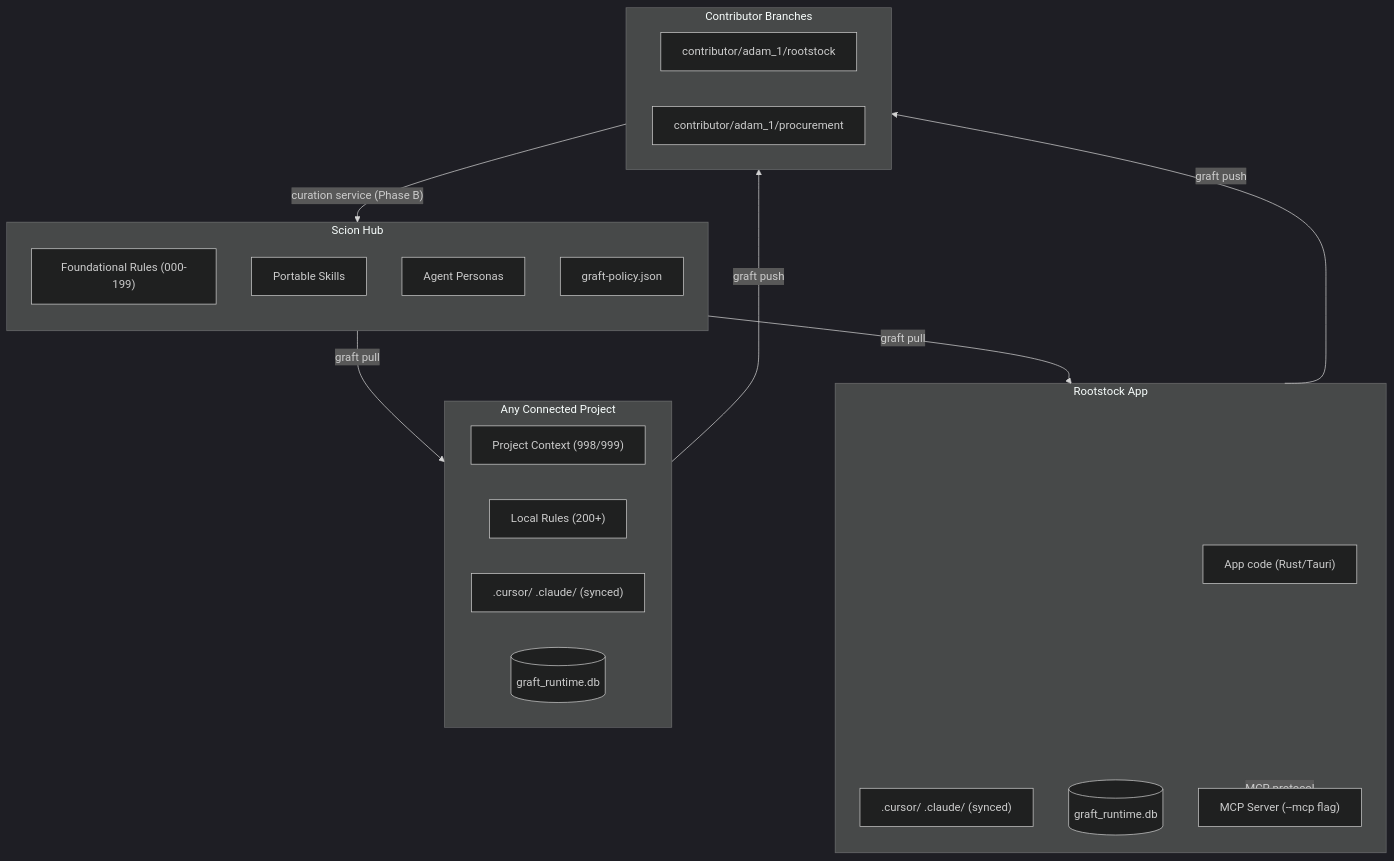
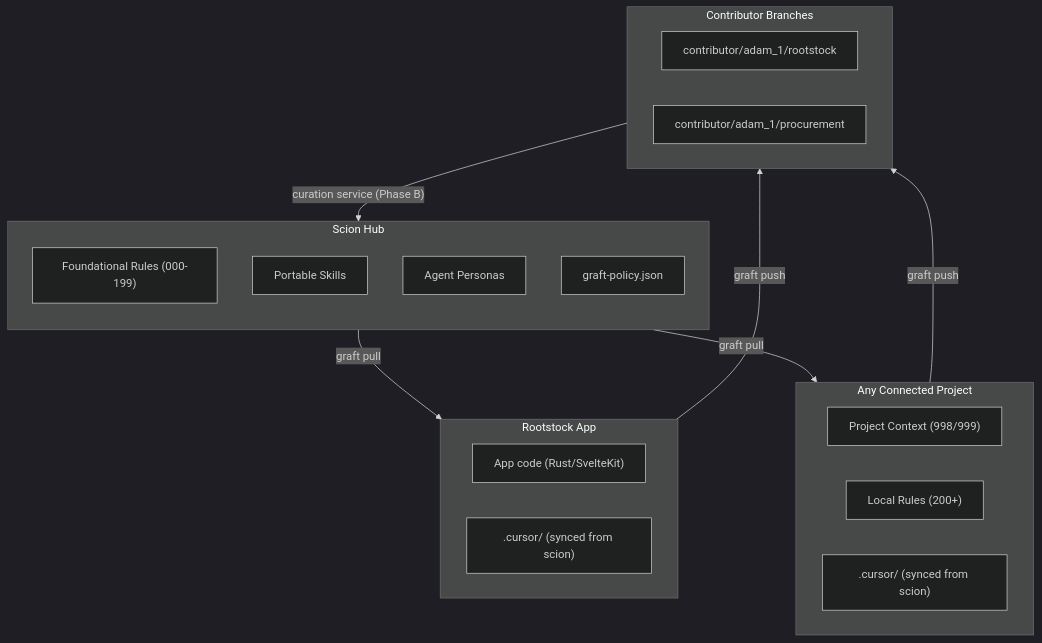
One commit to MT-Hackathon/scion changed the diagram in .cursor/skills/rootstock/resources/rootstock-mental-model.md. Above: the diagram before and after it, drawn with Mermaid (dark theme). The commit also changed other lines of this file and 17 other files, not shown here.

````diff
--- a/.cursor/skills/rootstock/resources/rootstock-mental-model.md
+++ b/.cursor/skills/rootstock/resources/rootstock-mental-model.md
@@ -160,36 +153,32 @@
 ```mermaid
 graph TD
     subgraph scion_hub [Scion Hub]
         direction TB
         F1["Foundational Rules (000-199)"]
         S1["Portable Skills"]
         A1["Agent Personas"]
         P0["graft-policy.json"]
     end
 
     subgraph spoke_rootstock [Rootstock App]
-        R1["App code (Rust/Tauri)"]
-        R2[".cursor/ .claude/ (synced)"]
-        DB1[("graft_runtime.db")]
-        MCP["MCP Server (--mcp flag)"]
+        R1["App code (Rust/SvelteKit)"]
+        R2[".cursor/ (synced from scion)"]
     end
 
     subgraph spoke_project [Any Connected Project]
         P1["Project Context (998/999)"]
         P2["Local Rules (200+)"]
-        P3[".cursor/ .claude/ (synced)"]
-        DB2[("graft_runtime.db")]
+        P3[".cursor/ (synced from scion)"]
     end
 
     subgraph contributor [Contributor Branches]
         C1["contributor/adam_1/rootstock"]
         C2["contributor/adam_1/procurement"]
     end
 
     spoke_rootstock -- "graft push" --> contributor
     spoke_project -- "graft push" --> contributor
     scion_hub -- "graft pull" --> spoke_rootstock
     scion_hub -- "graft pull" --> spoke_project
-    spoke_rootstock -- "MCP protocol" --> MCP
     contributor -- "curation service (Phase B)" --> scion_hub
 ```
````
